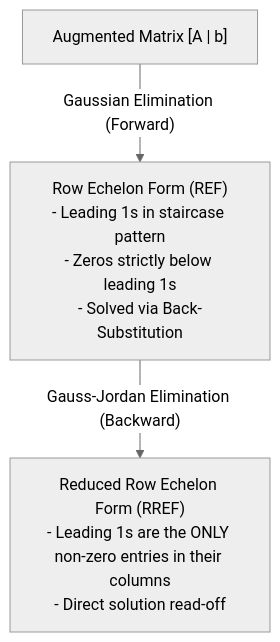
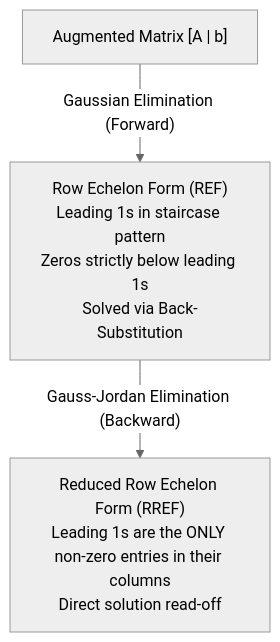
Before and after one commit to aidocmr/learn-bscs: the diagram in content/Year 1/Linear Algebra with MATLAB/2. Gaussian and Gauss-Jordan Elimination.md, drawn with Mermaid (neutral theme). The commit also changed 20 other files, not shown here.

First line of the commit message:
fix: Remove markdown lists and numbered prefixes from all Mermaid diagrams

````diff
--- a/content/Year 1/Linear Algebra with MATLAB/2. Gaussian and Gauss-Jordan Elimination.md
+++ b/content/Year 1/Linear Algebra with MATLAB/2. Gaussian and Gauss-Jordan Elimination.md
@@ -27,5 +27,5 @@
 ```mermaid
 graph TD
-    Matrix["Augmented Matrix [A | b]"] -->|"Gaussian Elimination (Forward)"| REF["Row Echelon Form (REF)<br/>- Leading 1s in staircase pattern<br/>- Zeros strictly below leading 1s<br/>- Solved via Back-Substitution"]
-    REF -->|"Gauss-Jordan Elimination (Backward)"| RREF["Reduced Row Echelon Form (RREF)<br/>- Leading 1s are the ONLY non-zero entries in their columns<br/>- Direct solution read-off"]
+    Matrix["Augmented Matrix [A | b]"] -->|"Gaussian Elimination (Forward)"| REF["Row Echelon Form (REF)<br/>Leading 1s in staircase pattern<br/>Zeros strictly below leading 1s<br/>Solved via Back-Substitution"]
+    REF -->|"Gauss-Jordan Elimination (Backward)"| RREF["Reduced Row Echelon Form (RREF)<br/>Leading 1s are the ONLY non-zero entries in their columns<br/>Direct solution read-off"]
 ```
````
